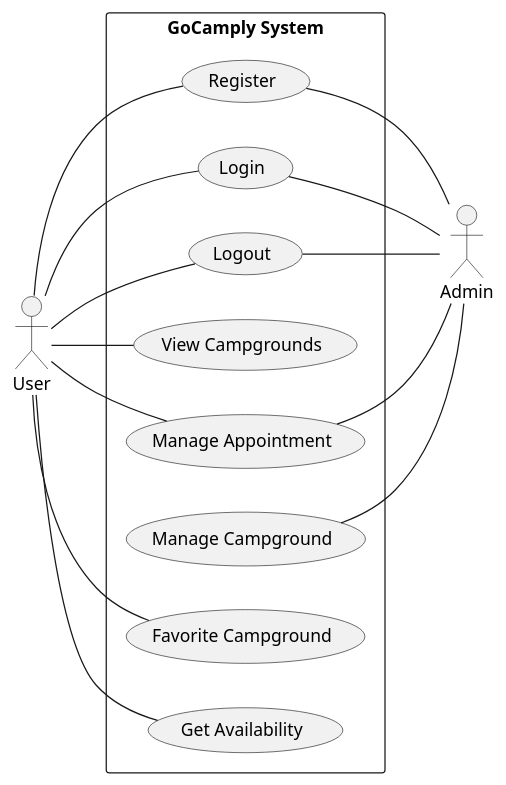
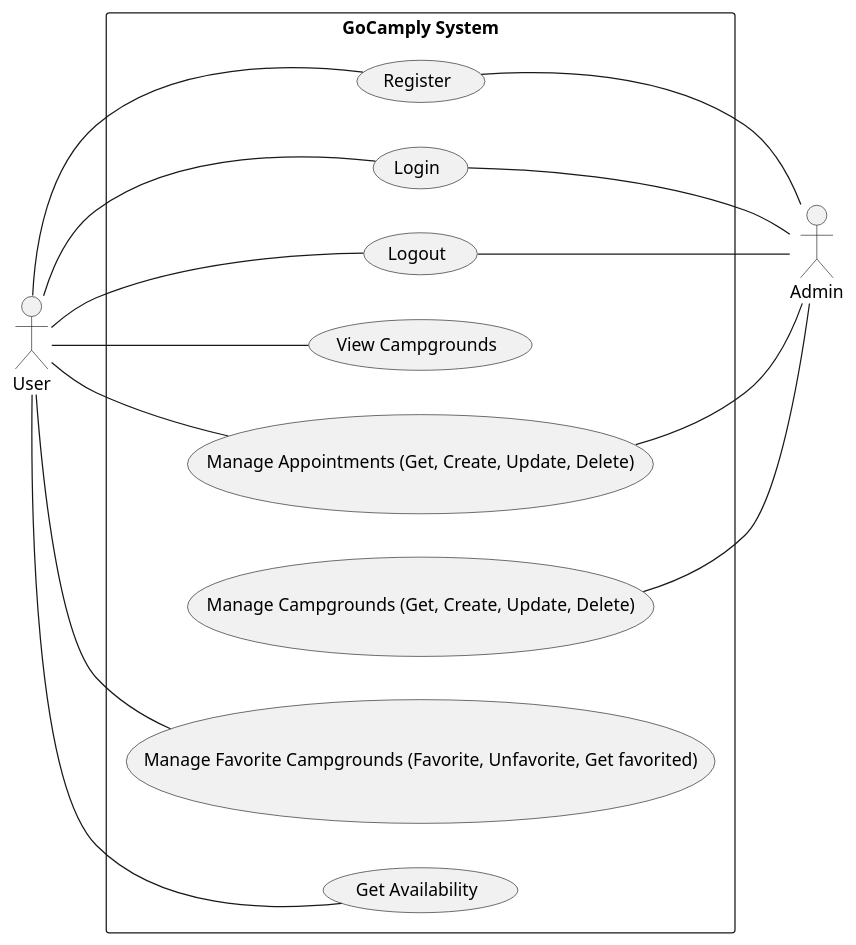
One commit to aimon-tnp/GoCamply changed the diagram in docs/diagrams/usecase/usecase.puml. Above: the diagram before and after it, drawn with PlantUML. The commit also changed 1 other file, not shown here.

Commit message:
revised use case diagram

```diff
--- a/docs/diagrams/usecase/usecase.puml
+++ b/docs/diagrams/usecase/usecase.puml
@@ -1,30 +1,30 @@
 @startuml Use Case Diagram
 left to right direction
 actor "User" as user
 rectangle "GoCamply System" as GoCamplySystem {    
     usecase "Register" as register
     usecase "Login" as login
     usecase "Logout" as logout
     usecase "View Campgrounds" as viewCampgrounds
-    usecase "Manage Appointment" as manageAppt
-    usecase "Manage Campground" as manageCampground
-    usecase "Favorite Campground" as favoriteCampground
+    usecase "Manage Appointments (Get, Create, Update, Delete)" as manageAppt
+    usecase "Manage Campgrounds (Get, Create, Update, Delete)" as manageCampground
+    usecase "Manage Favorite Campgrounds (Favorite, Unfavorite, Get favorited)" as favoriteCampground
     usecase "Get Availability" as getAvailability
 }
 
 user -- register
 user -- viewCampgrounds
 user -- manageAppt
 user -- favoriteCampground
 user -- login
 user -- logout
 user -- getAvailability
 
 actor "Admin" as admin
 register -- admin
 login -- admin
 logout -- admin
 manageCampground -- admin
 manageAppt -- admin
 
 @enduml
```
